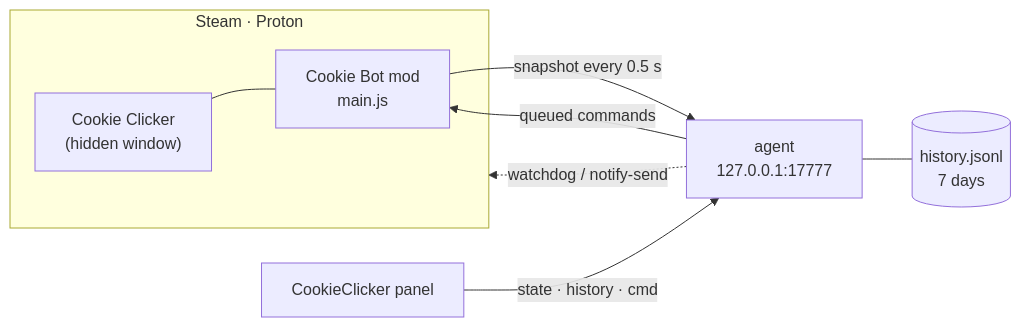
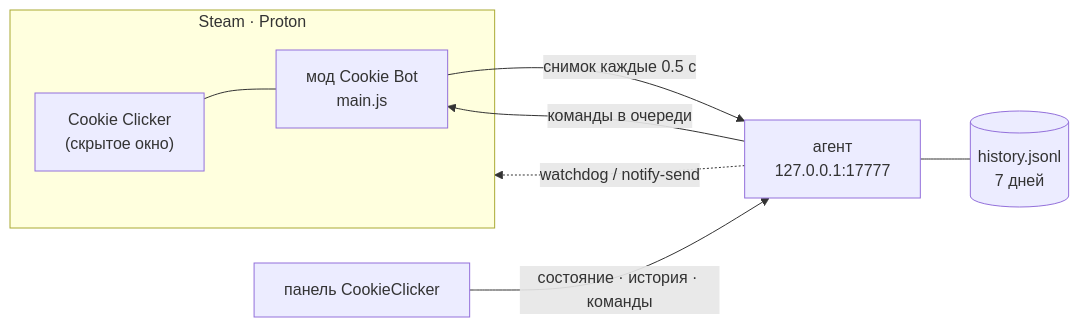
The diagram in README.md (d1sold/CookieClicker-BOT), drawn with Mermaid before and after one commit. The commit also changed other lines of this file and 1 other file, not shown here.

Commit message:
docs: Russian README as the main page, English in README.en.md

````diff
--- a/README.md
+++ b/README.md
@@ -90,11 +92,11 @@
 ```mermaid
 flowchart LR
     subgraph Steam["Steam · Proton"]
-        G["Cookie Clicker<br/>(hidden window)"] --- M["Cookie Bot mod<br/>main.js"]
+        G["Cookie Clicker<br/>(скрытое окно)"] --- M["мод Cookie Bot<br/>main.js"]
     end
-    M -- "snapshot every 0.5 s" --> A["agent<br/>127.0.0.1:17777"]
-    A -- "queued commands" --> M
-    A --- D[("history.jsonl<br/>7 days")]
-    P["CookieClicker panel"] -- "state · history · cmd" --> A
+    M -- "снимок каждые 0.5 с" --> A["агент<br/>127.0.0.1:17777"]
+    A -- "команды в очереди" --> M
+    A --- D[("history.jsonl<br/>7 дней")]
+    P["панель CookieClicker"] -- "состояние · история · команды" --> A
     A -. "watchdog / notify-send" .-> Steam
 ```
````
